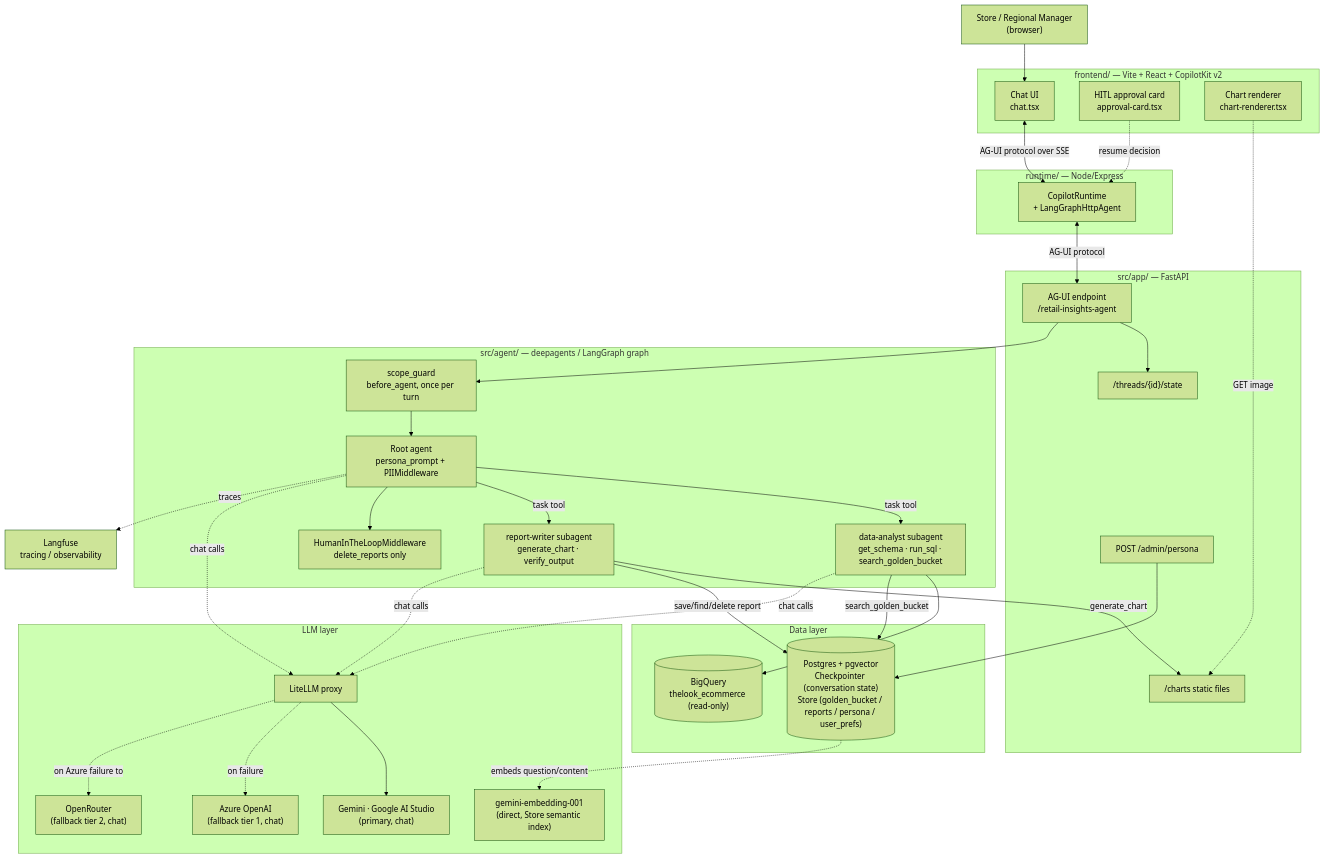
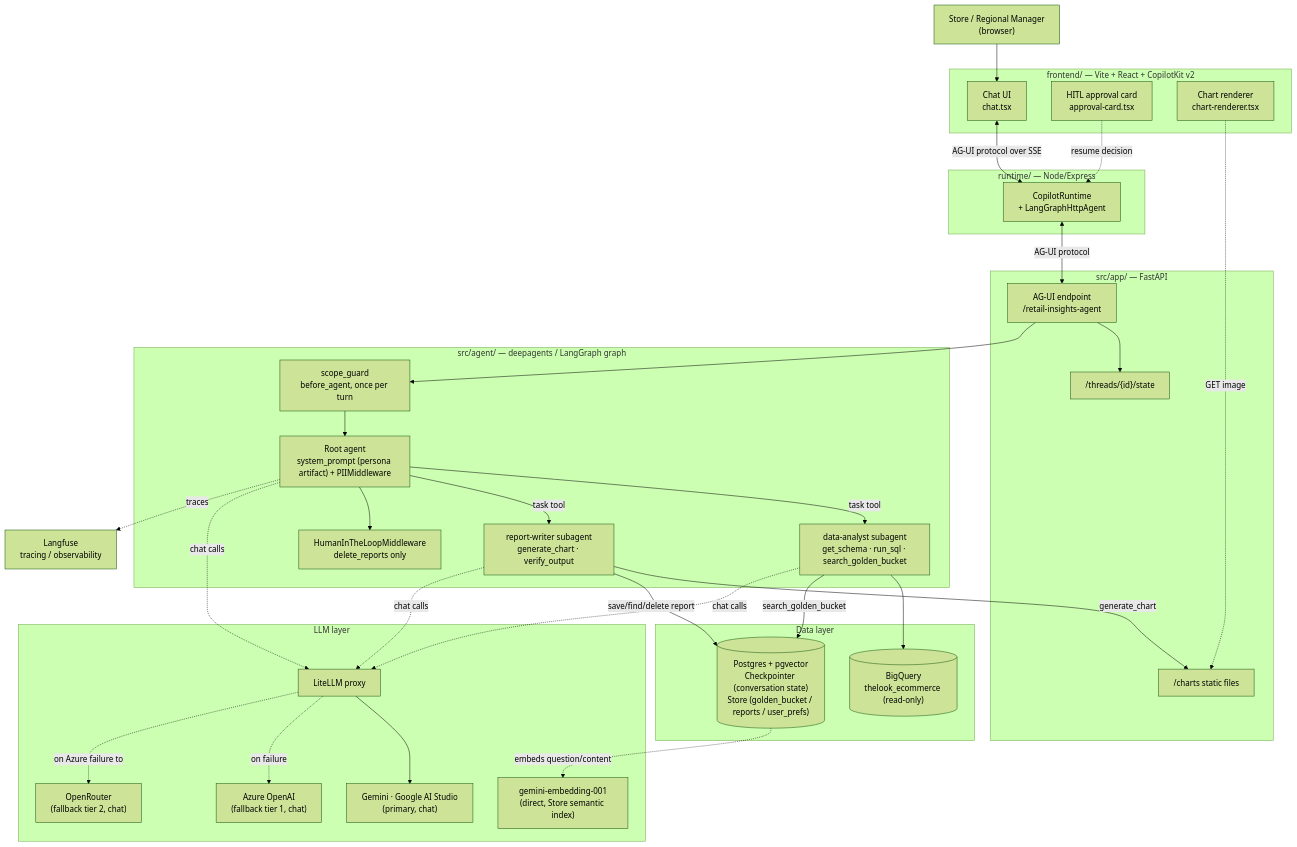
Before and after one commit to mpilioun/opsfleet-assignment: the diagram in docs/HLD.md, drawn with Mermaid (forest theme). The commit also changed other lines of this file and 78 other files, not shown here.

First line of the commit message:
refactor(agent): utils module layout, persona as system_prompt, real seed data

````diff
--- a/docs/HLD.md
+++ b/docs/HLD.md
@@ -26,68 +26,66 @@
 ```mermaid
 flowchart TB
     User["Store / Regional Manager<br/>(browser)"]
 
     subgraph FE["frontend/ — Vite + React + CopilotKit v2"]
         UI["Chat UI<br/>chat.tsx"]
         Interrupt["HITL approval card<br/>approval-card.tsx"]
         Chart["Chart renderer<br/>chart-renderer.tsx"]
     end
 
     subgraph RT["runtime/ — Node/Express"]
         Runtime["CopilotRuntime<br/>+ LangGraphHttpAgent"]
     end
 
     subgraph BE["src/app/ — FastAPI"]
         AGUI["AG-UI endpoint<br/>/retail-insights-agent"]
         ThreadState["/threads/{id}/state"]
-        Admin["POST /admin/persona"]
         Static["/charts static files"]
     end
 
     subgraph Agent["src/agent/ — deepagents / LangGraph graph"]
         Guard["scope_guard<br/>before_agent, once per turn"]
-        Root["Root agent<br/>persona_prompt + PIIMiddleware"]
+        Root["Root agent<br/>system_prompt (persona artifact) + PIIMiddleware"]
         HITL["HumanInTheLoopMiddleware<br/>delete_reports only"]
         Analyst["data-analyst subagent<br/>get_schema · run_sql · search_golden_bucket"]
         Writer["report-writer subagent<br/>generate_chart · verify_output"]
     end
 
     subgraph Data["Data layer"]
         BQ[("BigQuery<br/>thelook_ecommerce (read-only)")]
-        PG[("Postgres + pgvector<br/>Checkpointer (conversation state)<br/>Store (golden_bucket / reports / persona / user_prefs)")]
+        PG[("Postgres + pgvector<br/>Checkpointer (conversation state)<br/>Store (golden_bucket / reports / user_prefs)")]
     end
 
     subgraph LLMs["LLM layer"]
         LiteLLM["LiteLLM proxy"]
         Gemini["Gemini · Google AI Studio<br/>(primary, chat)"]
         Azure["Azure OpenAI<br/>(fallback tier 1, chat)"]
         OpenRouter["OpenRouter<br/>(fallback tier 2, chat)"]
         Embed["gemini-embedding-001<br/>(direct, Store semantic index)"]
     end
 
     Langfuse["Langfuse<br/>tracing / observability"]
 
     User --> UI
     UI <-->|AG-UI protocol over SSE| Runtime
     Interrupt -.resume decision.-> Runtime
     Chart -.GET image.-> Static
     Runtime <-->|AG-UI protocol| AGUI
     AGUI --> ThreadState
     AGUI --> Guard --> Root
     Root -->|task tool| Analyst
     Root -->|task tool| Writer
     Root --> HITL
     Analyst --> BQ
     Analyst -->|search_golden_bucket| PG
     Writer -->|generate_chart| Static
     Writer -->|save/find/delete report| PG
     Root -.chat calls.-> LiteLLM
     Analyst -.chat calls.-> LiteLLM
     Writer -.chat calls.-> LiteLLM
     LiteLLM --> Gemini
     LiteLLM -.on failure.-> Azure
     LiteLLM -.on Azure failure too.-> OpenRouter
     PG -.embeds question/content.-> Embed
-    Admin --> PG
     Root -.traces.-> Langfuse
 ```
````
